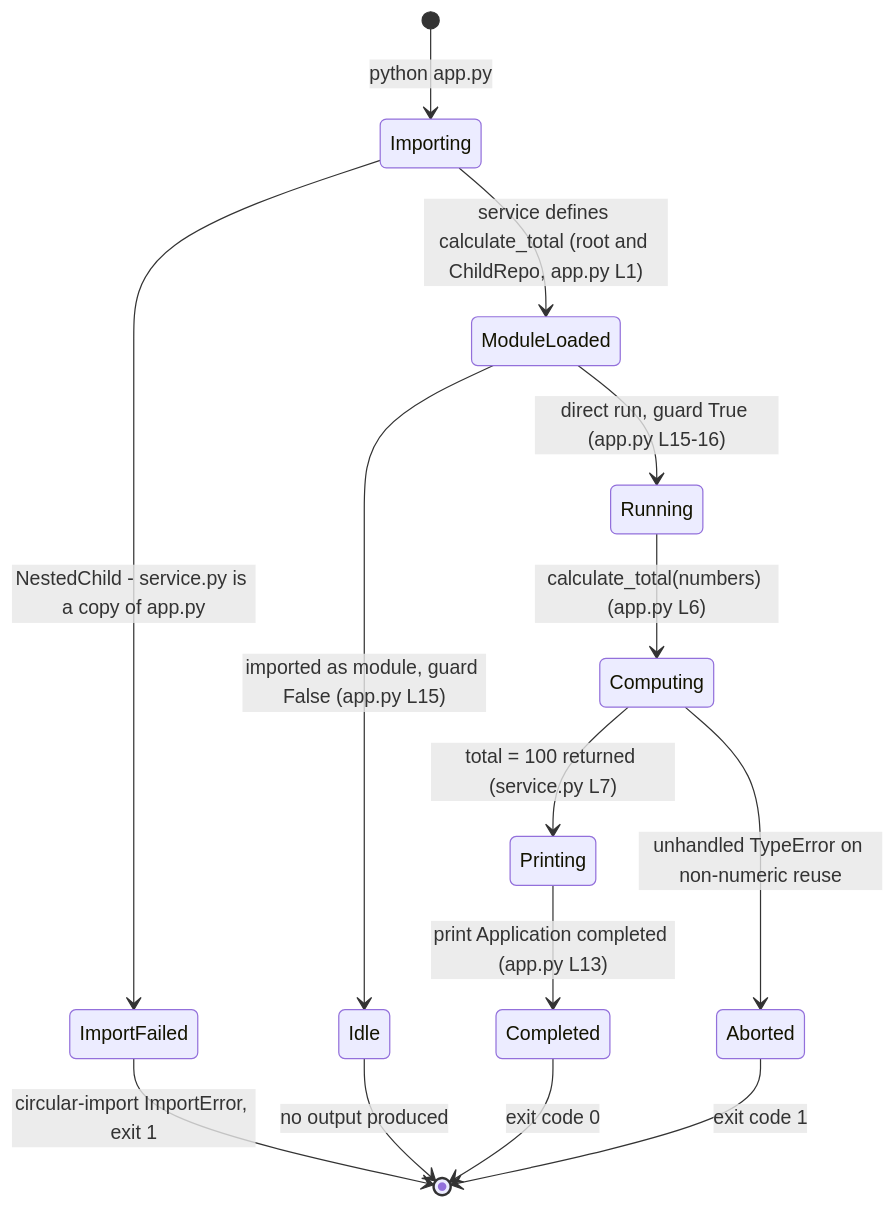
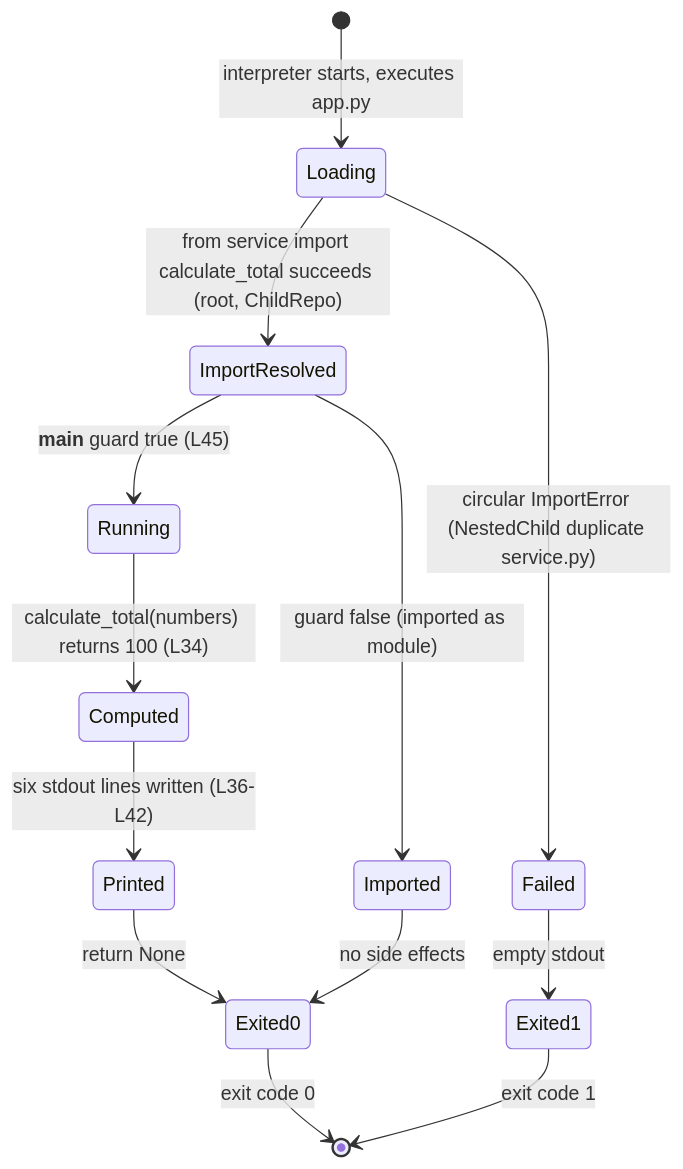
Diagram 11 of 43 in blitzy/documentation/Technical Specifications.md (lakshya-blitzy/600K_ParentRepo), drawn with Mermaid before and after one commit. The commit also changed other lines of this file, not shown here.

````diff
--- a/blitzy/documentation/Technical Specifications.md
+++ b/blitzy/documentation/Technical Specifications.md
@@ -1146,16 +1126,15 @@
 ```mermaid
 stateDiagram-v2
-    [*] --> Importing: python app.py
-    Importing --> ModuleLoaded: service defines calculate_total (root and ChildRepo, app.py L1)
-    Importing --> ImportFailed: NestedChild - service.py is a copy of app.py
-    ImportFailed --> [*]: circular-import ImportError, exit 1
-    ModuleLoaded --> Idle: imported as module, guard False (app.py L15)
-    Idle --> [*]: no output produced
-    ModuleLoaded --> Running: direct run, guard True (app.py L15-16)
-    Running --> Computing: calculate_total(numbers) (app.py L6)
-    Computing --> Printing: total = 100 returned (service.py L7)
-    Printing --> Completed: print Application completed (app.py L13)
-    Completed --> [*]: exit code 0
-    Computing --> Aborted: unhandled TypeError on non-numeric reuse
-    Aborted --> [*]: exit code 1
+    [*] --> Loading: interpreter starts, executes app.py
+    Loading --> ImportResolved: from service import calculate_total succeeds (root, ChildRepo)
+    Loading --> Failed: circular ImportError (NestedChild duplicate service.py)
+    ImportResolved --> Running: __main__ guard true (L45)
+    ImportResolved --> Imported: guard false (imported as module)
+    Running --> Computed: calculate_total(numbers) returns 100 (L34)
+    Computed --> Printed: six stdout lines written (L36-L42)
+    Printed --> Exited0: return None
+    Imported --> Exited0: no side effects
+    Failed --> Exited1: empty stdout
+    Exited0 --> [*]: exit code 0
+    Exited1 --> [*]: exit code 1
 ```
````
